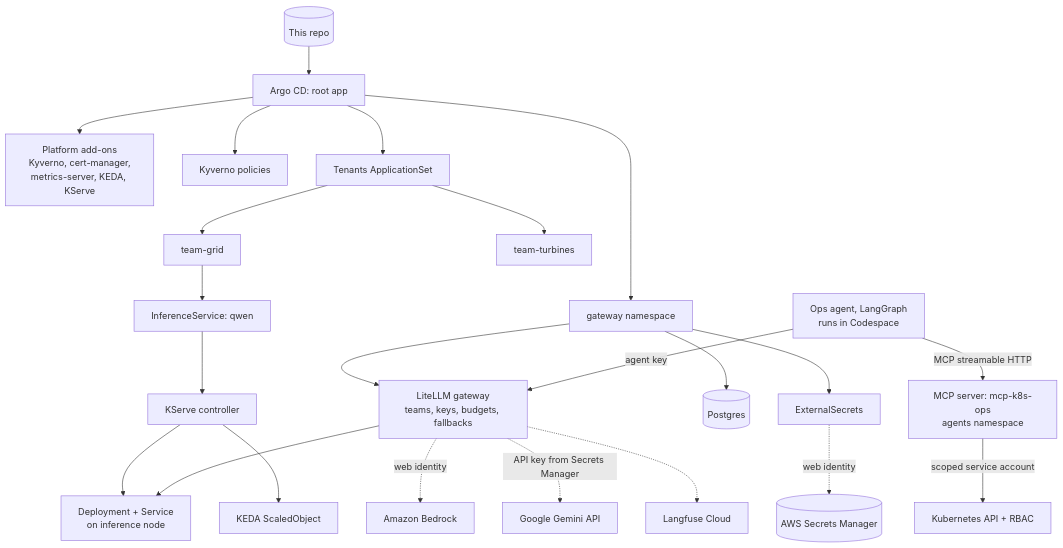
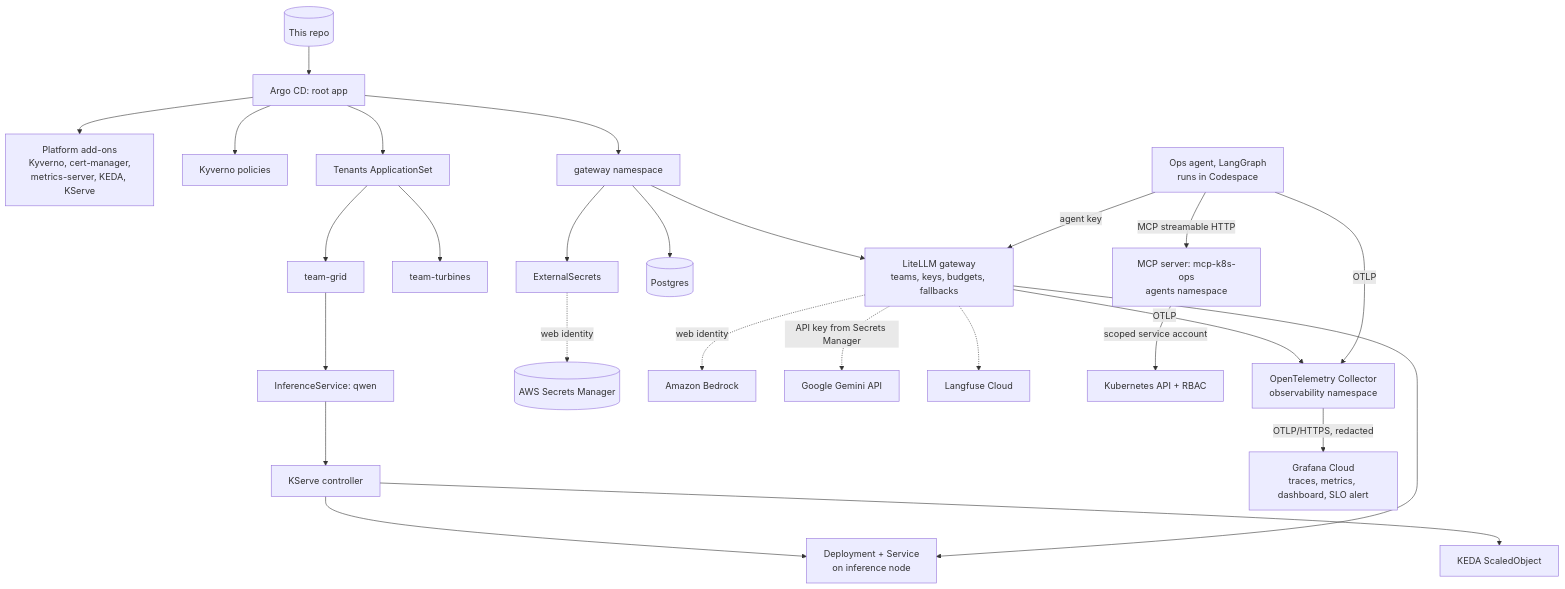
The diagram in README.md (agangwar07/mini-ai-platform), drawn with Mermaid before and after one commit. The commit also changed other lines of this file, not shown here.

````diff
--- a/README.md
+++ b/README.md
@@ -21,25 +21,28 @@
 ```mermaid
 flowchart TD
     Git[(This repo)] --> Root[Argo CD: root app]
     Root --> Addons[Platform add-ons<br/>Kyverno, cert-manager,<br/>metrics-server, KEDA, KServe]
     Root --> Policies[Kyverno policies]
     Root --> AppSet[Tenants ApplicationSet]
     AppSet --> Grid[team-grid]
     AppSet --> Turbines[team-turbines]
     Grid --> ISVC[InferenceService: qwen]
     ISVC --> KServe[KServe controller]
     KServe --> Deploy[Deployment + Service<br/>on inference node]
     KServe --> SO[KEDA ScaledObject]
     Root --> GW[gateway namespace]
     GW --> LiteLLM[LiteLLM gateway<br/>teams, keys, budgets, fallbacks]
     GW --> PG[(Postgres)]
     GW --> ESO[ExternalSecrets]
     ESO -.->|web identity| SM[(AWS Secrets Manager)]
     LiteLLM --> Deploy
     LiteLLM -.->|web identity| Bedrock[Amazon Bedrock]
     LiteLLM -.->|API key from Secrets Manager| Gemini[Google Gemini API]
     LiteLLM -.-> Langfuse[Langfuse Cloud]
     Agent[Ops agent, LangGraph<br/>runs in Codespace] -->|agent key| LiteLLM
     Agent -->|MCP streamable HTTP| MCP[MCP server: mcp-k8s-ops<br/>agents namespace]
     MCP -->|scoped service account| K8sAPI[Kubernetes API + RBAC]
+    LiteLLM -->|OTLP| OTel[OpenTelemetry Collector<br/>observability namespace]
+    Agent -->|OTLP| OTel
+    OTel -->|OTLP/HTTPS, redacted| GC[Grafana Cloud<br/>traces, metrics, dashboard, SLO alert]
 ```
````
